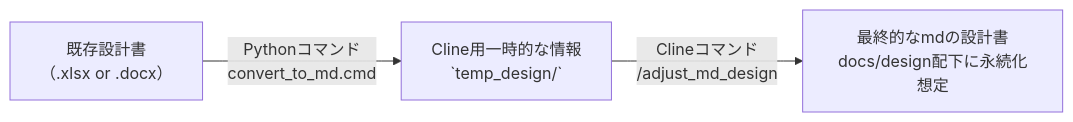
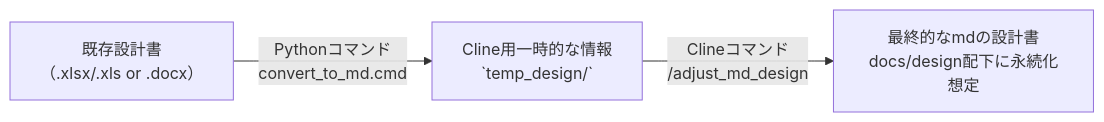
The diagram in scripts/README.md (RyukaST077/ai-first-project), drawn with Mermaid before and after one commit. The commit also changed other lines of this file and 4 other files, not shown here.

````diff
--- a/scripts/README.md
+++ b/scripts/README.md
@@ -6,6 +6,6 @@
 ```mermaid
 flowchart LR
-    A[既存設計書<br>（.xlsx or .docx）] -->|Pythonコマンド<br>convert_to_md.cmd| B[Cline用一時的な情報<br>`temp_design/`]
+    A[既存設計書<br>（.xlsx/.xls or .docx）] -->|Pythonコマンド<br>convert_to_md.cmd| B[Cline用一時的な情報<br>`temp_design/`]
     B -->|Clineコマンド<br>/adjust_md_design| C[最終的なmdの設計書<br>docs/design配下に永続化想定]
 
 ```
````
